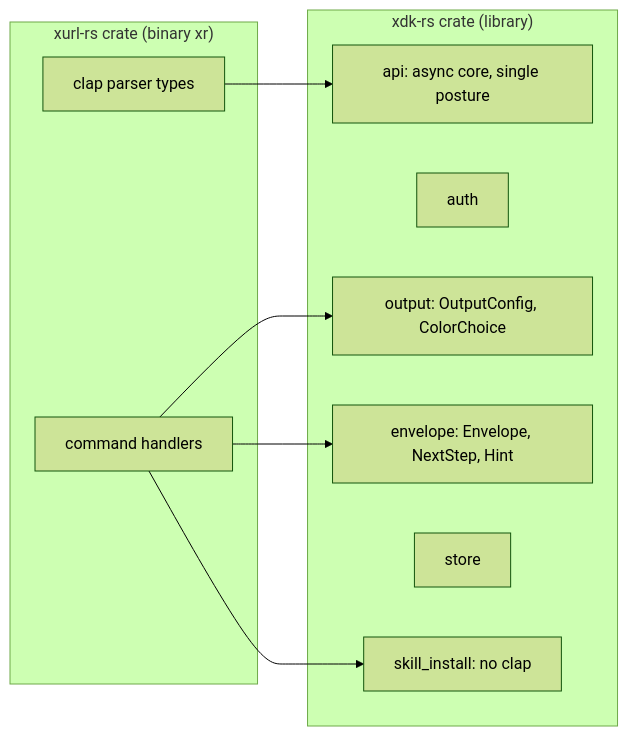
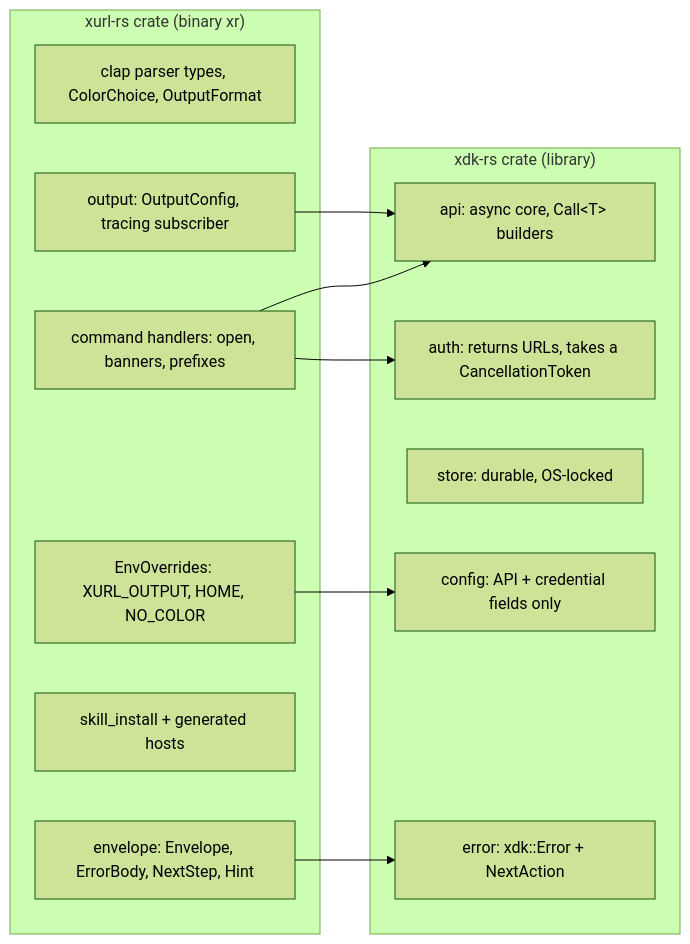
The second of 3 diagrams in docs/plans/2026-09-15-2343-refactor-adoption-grade-crate-plan.md (brettdavies/xurl-rs), drawn with Mermaid (forest theme) before and after one commit. The commit also changed other lines of this file, not shown here.

````diff
--- a/docs/plans/2026-09-15-2343-refactor-adoption-grade-crate-plan.md
+++ b/docs/plans/2026-09-15-2343-refactor-adoption-grade-crate-plan.md
@@ -333,19 +356,23 @@
 ```mermaid
 graph LR
     subgraph libc["xdk-rs crate (library)"]
-        api2[api: async core, single posture]
-        auth2[auth]
-        output2[output: OutputConfig, ColorChoice]
-        envelope2[envelope: Envelope, NextStep, Hint]
-        store2[store]
-        skill2[skill_install: no clap]
+        api2[api: async core, Call&lt;T&gt; builders]
+        auth2[auth: returns URLs, takes a CancellationToken]
+        store2[store: durable, OS-locked]
+        config2[config: API + credential fields only]
+        error2[error: xdk::Error + NextAction]
     end
     subgraph binc["xurl-rs crate (binary xr)"]
-        parser2[clap parser types]
-        cmds[command handlers]
+        parser2[clap parser types, ColorChoice, OutputFormat]
+        output2[output: OutputConfig, tracing subscriber]
+        envelope2[envelope: Envelope, ErrorBody, NextStep, Hint]
+        envover[EnvOverrides: XURL_OUTPUT, HOME, NO_COLOR]
+        skill2[skill_install + generated hosts]
+        cmds[command handlers: open, banners, prefixes]
     end
-    parser2 --> api2
-    cmds --> output2
-    cmds --> envelope2
-    cmds --> skill2
+    cmds --> api2
+    cmds --> auth2
+    envelope2 --> error2
+    output2 --> api2
+    envover --> config2
 ```
````
